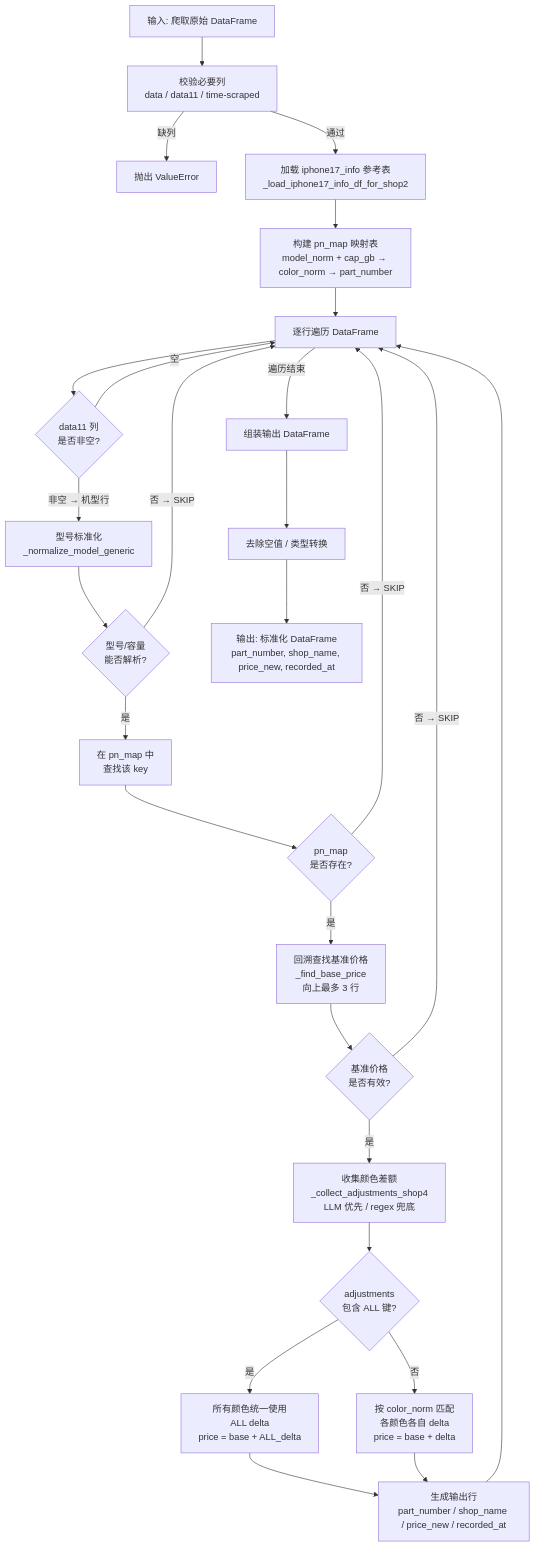
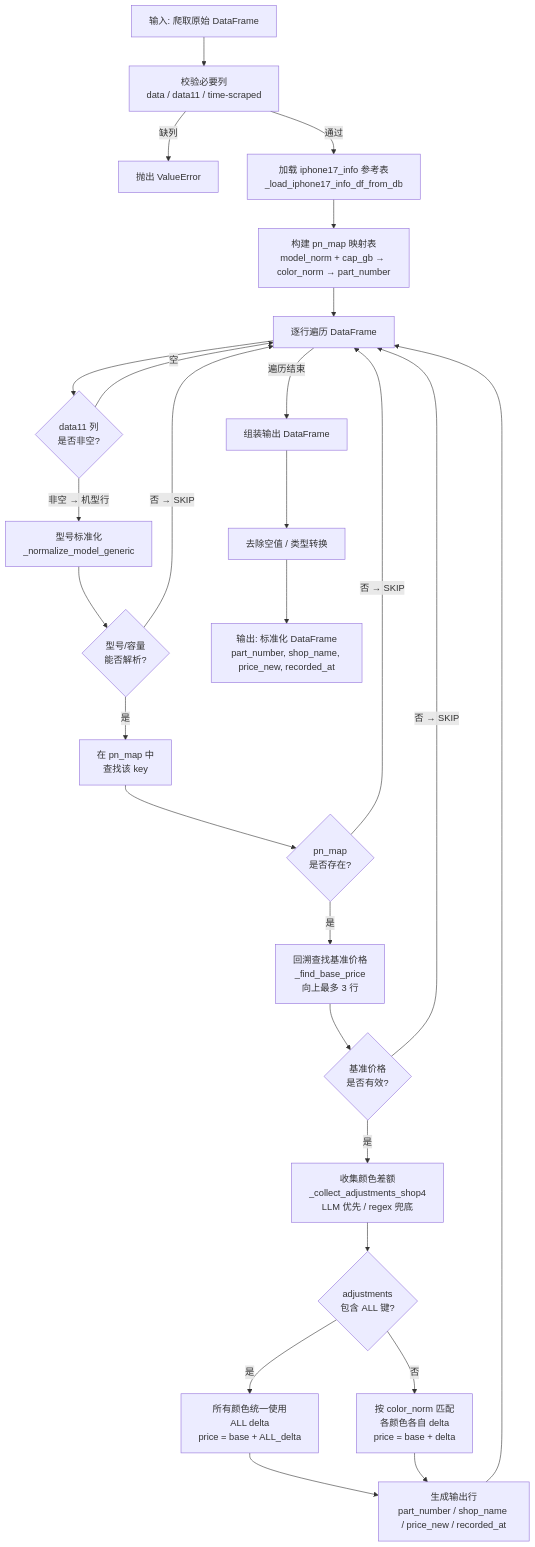
Before and after one commit to zhujiansamuel/YamagotiProjects: the first of 10 diagrams in doc_shop/shop4_cleaner.md, drawn with Mermaid. The commit also changed other lines of this file and 44 other files, not shown here.

````diff
--- a/doc_shop/shop4_cleaner.md
+++ b/doc_shop/shop4_cleaner.md
@@ -14,36 +14,36 @@
 ```mermaid
 flowchart TD
     A[输入: 爬取原始 DataFrame] --> B[校验必要列\ndata / data11 / time-scraped]
     B -->|缺列| B1[抛出 ValueError]
-    B -->|通过| C[加载 iphone17_info 参考表\n_load_iphone17_info_df_for_shop2]
+    B -->|通过| C[加载 iphone17_info 参考表\n_load_iphone17_info_df_from_db]
     C --> D[构建 pn_map 映射表\nmodel_norm + cap_gb → color_norm → part_number]
     D --> E[逐行遍历 DataFrame]
 
     E --> F{data11 列\n是否非空?}
     F -->|空| E
     F -->|非空 → 机型行| G[型号标准化\n_normalize_model_generic]
 
     G --> H{型号/容量\n能否解析?}
     H -->|否 → SKIP| E
     H -->|是| I[在 pn_map 中\n查找该 key]
 
     I --> J{pn_map\n是否存在?}
     J -->|否 → SKIP| E
     J -->|是| K[回溯查找基准价格\n_find_base_price\n向上最多 3 行]
 
     K --> L{基准价格\n是否有效?}
     L -->|否 → SKIP| E
     L -->|是| M[收集颜色差额\n_collect_adjustments_shop4\nLLM 优先 / regex 兜底]
 
     M --> N{adjustments\n包含 ALL 键?}
     N -->|是| O[所有颜色统一使用\nALL delta\nprice = base + ALL_delta]
     N -->|否| P[按 color_norm 匹配\n各颜色各自 delta\nprice = base + delta]
 
     O --> Q[生成输出行\npart_number / shop_name / price_new / recorded_at]
     P --> Q
     Q --> E
 
     E -->|遍历结束| R[组装输出 DataFrame]
     R --> S[去除空值 / 类型转换]
     S --> T[输出: 标准化 DataFrame\npart_number, shop_name, price_new, recorded_at]
 ```
````
